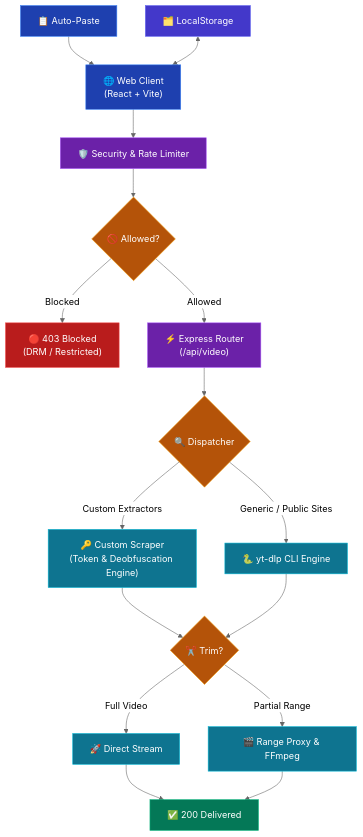
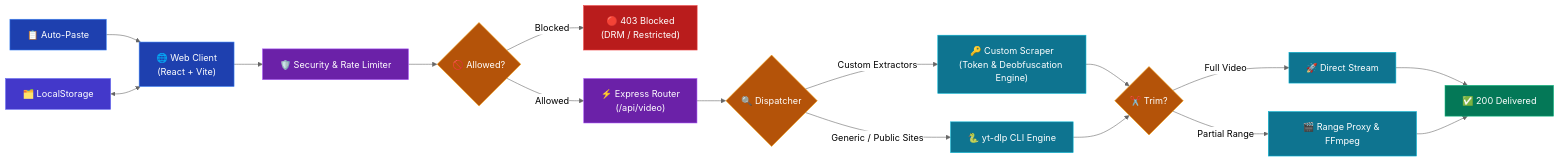
The diagram in README.md (8ernity/VideoFetch), drawn with Mermaid (neutral theme) before and after one commit.

Commit message:
Updated project

````diff
--- a/README.md
+++ b/README.md
@@ -42,54 +42,54 @@
 ```mermaid
-flowchart TD
+flowchart LR
     %% Color Styling
     classDef client fill:#1e40af,stroke:#3b82f6,color:#fff;
     classDef middleware fill:#6b21a8,stroke:#a855f7,color:#fff;
     classDef decision fill:#b45309,stroke:#f59e0b,color:#fff;
     classDef engine fill:#0e7490,stroke:#06b6d4,color:#fff;
     classDef success fill:#047857,stroke:#10b981,color:#fff;
     classDef danger fill:#b91c1c,stroke:#ef4444,color:#fff;
     classDef storage fill:#4338ca,stroke:#6366f1,color:#fff;
 
     USER["🌐 Web Client<br/>(React + Vite)"]:::client
     CLIP["📋 Auto-Paste"]:::client
     HIST["🗂️ LocalStorage"]:::storage
 
     MIDDLEWARE["🛡️ Security & Rate Limiter"]:::middleware
     CHECK{"🚫 Allowed?"}:::decision
     REJECT["🔴 403 Blocked<br/>(DRM / Restricted)"]:::danger
     ROUTER["⚡ Express Router<br/>(/api/video)"]:::middleware
 
     DISPATCH{"🔍 Dispatcher"}:::decision
 
     CUSTOM["🔑 Custom Scraper<br/>(Token & Deobfuscation Engine)"]:::engine
     YTDLP["🐍 yt-dlp CLI Engine"]:::engine
 
     TRIM{"✂️ Trim?"}:::decision
 
     STREAM["🚀 Direct Stream"]:::engine
     PROXY["🎬 Range Proxy & FFmpeg"]:::engine
 
     OK["✅ 200 Delivered"]:::success
 
     %% Connections
     USER --> MIDDLEWARE
     CLIP --> USER
     HIST <--> USER
 
     MIDDLEWARE --> CHECK
     CHECK -->|Blocked| REJECT
     CHECK -->|Allowed| ROUTER
 
     ROUTER --> DISPATCH
     DISPATCH -->|Custom Extractors| CUSTOM
     DISPATCH -->|Generic / Public Sites| YTDLP
 
     CUSTOM --> TRIM
     YTDLP --> TRIM
 
     TRIM -->|Full Video| STREAM
     TRIM -->|Partial Range| PROXY
 
     STREAM --> OK
     PROXY --> OK
 ```
````
